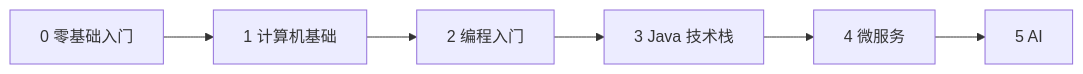
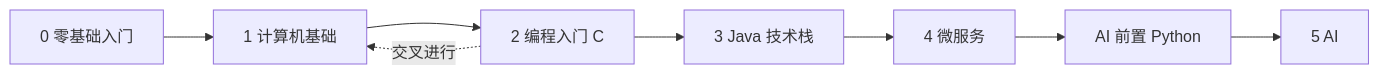
Before and after one commit to huangyongliang/tech-notes: the diagram in topics/roadmap/README.md, drawn with Mermaid. The commit also changed other lines of this file and 20 other files, not shown here.

````diff
--- a/topics/roadmap/README.md
+++ b/topics/roadmap/README.md
@@ -9,5 +9,7 @@
 ```mermaid
 flowchart LR
-  S0[0 零基础入门] --> S1[1 计算机基础] --> S2[2 编程入门]
-  S2 --> S3[3 Java 技术栈] --> S4[4 微服务] --> S5[5 AI]
+  S0[0 零基础入门] --> S1[1 计算机基础] --> S2[2 编程入门 C]
+  S2 -. 交叉进行 .-> S1
+  S2 --> S3[3 Java 技术栈] --> S4[4 微服务]
+  S4 --> PY[AI 前置 Python] --> S5[5 AI]
 ```
````
